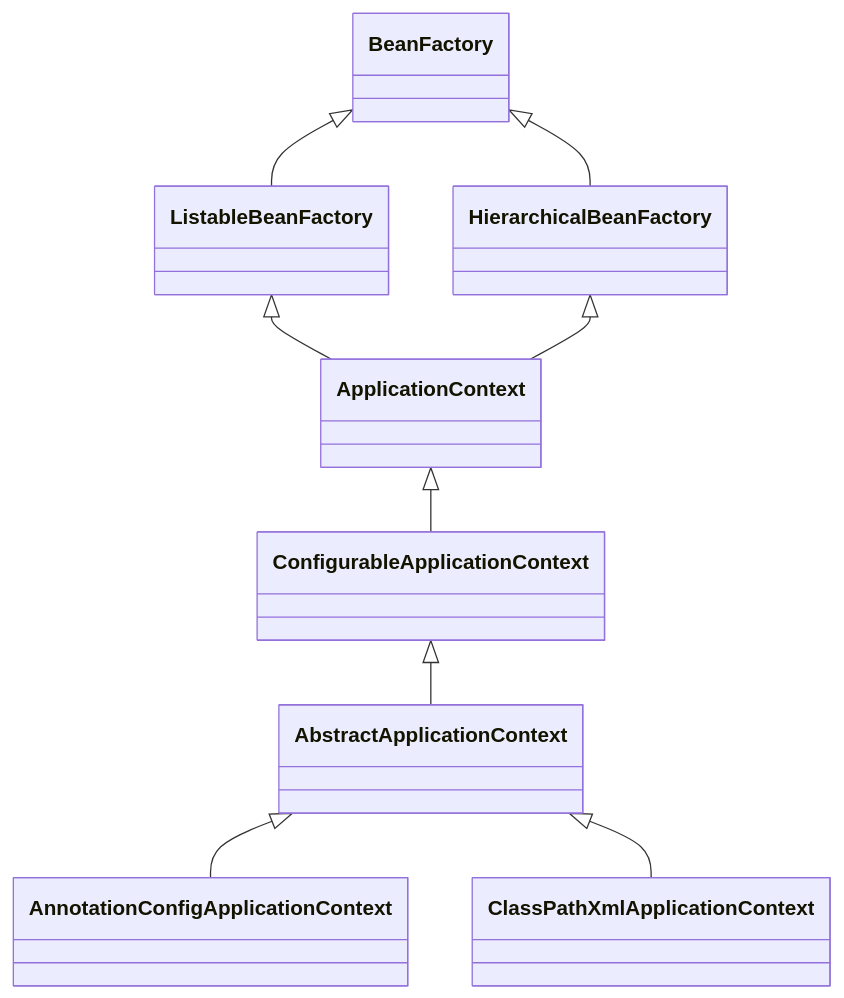
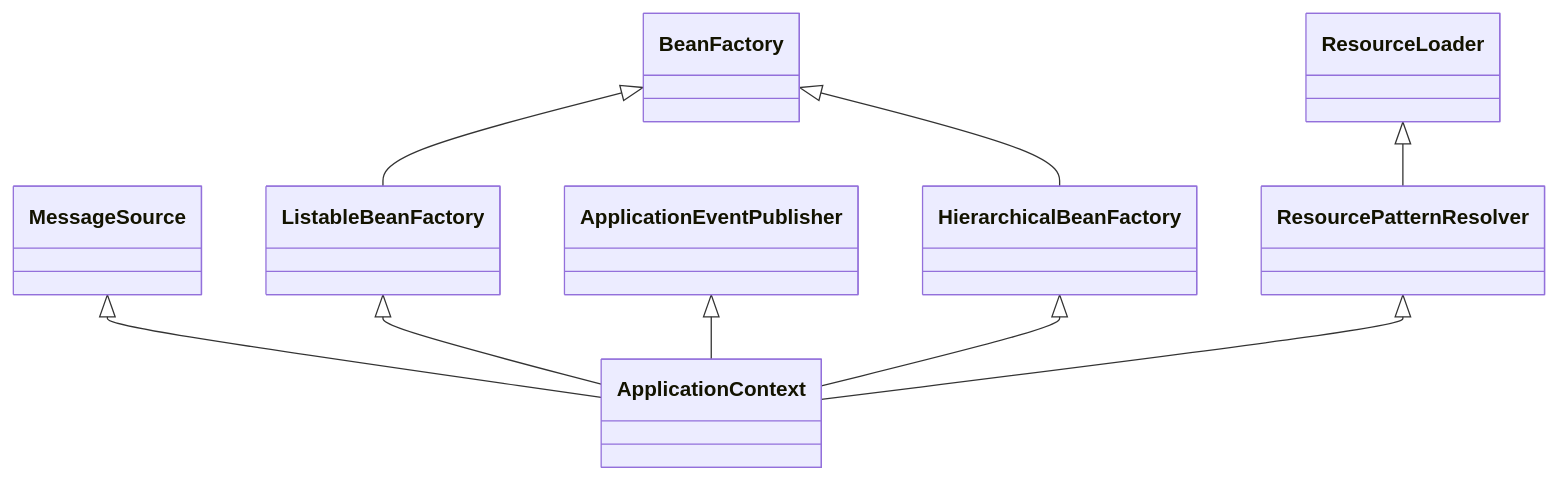
Before and after one commit to ifinal-io/final-framework: the first of 5 diagrams in docs/pages/_spring/zh/context/application-context.md, drawn with Mermaid. The commit also changed other lines of this file and 58 other files, not shown here.

````diff
--- a/docs/pages/_spring/zh/context/application-context.md
+++ b/docs/pages/_spring/zh/context/application-context.md
@@ -27,11 +25,11 @@
 ```mermaid
 classDiagram
+    BeanFactory <|-- HierarchicalBeanFactory
     BeanFactory <|-- ListableBeanFactory
-    BeanFactory <|-- HierarchicalBeanFactory
+    MessageSource <|-- ApplicationContext
     ListableBeanFactory <|-- ApplicationContext
+    ApplicationEventPublisher <|-- ApplicationContext
     HierarchicalBeanFactory <|-- ApplicationContext
-    ApplicationContext <|-- ConfigurableApplicationContext
-    ConfigurableApplicationContext <|-- AbstractApplicationContext
-    AbstractApplicationContext <|-- AnnotationConfigApplicationContext
-    AbstractApplicationContext <|-- ClassPathXmlApplicationContext
+    ResourcePatternResolver <|-- ApplicationContext
+    ResourceLoader <|-- ResourcePatternResolver
 ```
````
